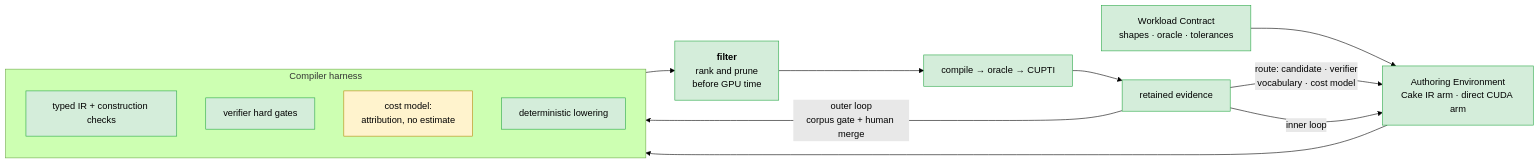
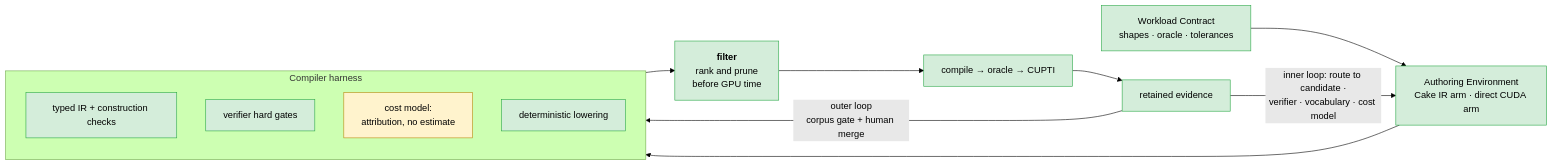
The seventh of 7 diagrams in docs/ARCHITECTURE.md (qhy991/open-cake-ir), drawn with Mermaid (forest theme) before and after one commit.

Commit message:
Draw the inner loop once
Naming the routing put a second edge between the same two nodes, and the routing
is not a parallel path to the inner loop -- it is what the inner loop carries.
One edge, labelled with the four destinations.

````diff
--- a/docs/ARCHITECTURE.md
+++ b/docs/ARCHITECTURE.md
@@ -230,30 +230,29 @@
 ```mermaid
 graph LR
     W["Workload Contract<br/>shapes · oracle · tolerances"] --> AE
     AE["Authoring Environment<br/>Cake IR arm · direct CUDA arm"] --> CH
 
     subgraph CH["Compiler harness"]
         direction TB
         T1["typed IR + construction checks"]
         T2["verifier hard gates"]
         T3["cost model:<br/>attribution, no estimate"]
         T4["deterministic lowering"]
     end
 
     CH --> FIL["<b>filter</b><br/>rank and prune<br/>before GPU time"]
-    EVD -->|"route: candidate · verifier<br/>vocabulary · cost model"| AE
     FIL --> EX["compile → oracle → CUPTI"]
     EX --> EVD["retained evidence"]
-    EVD -->|inner loop| AE
+    EVD -->|"inner loop: route to candidate ·<br/>verifier · vocabulary · cost model"| AE
     EVD -->|"outer loop<br/>corpus gate + human merge"| CH
 
     style T1 fill:#d4edda,stroke:#28a745
     style T2 fill:#d4edda,stroke:#28a745
     style T4 fill:#d4edda,stroke:#28a745
     style T3 fill:#fff3cd,stroke:#b8860b
     style FIL fill:#d4edda,stroke:#28a745
     style W fill:#d4edda,stroke:#28a745
     style AE fill:#d4edda,stroke:#28a745
     style EX fill:#d4edda,stroke:#28a745
     style EVD fill:#d4edda,stroke:#28a745
 ```
````
